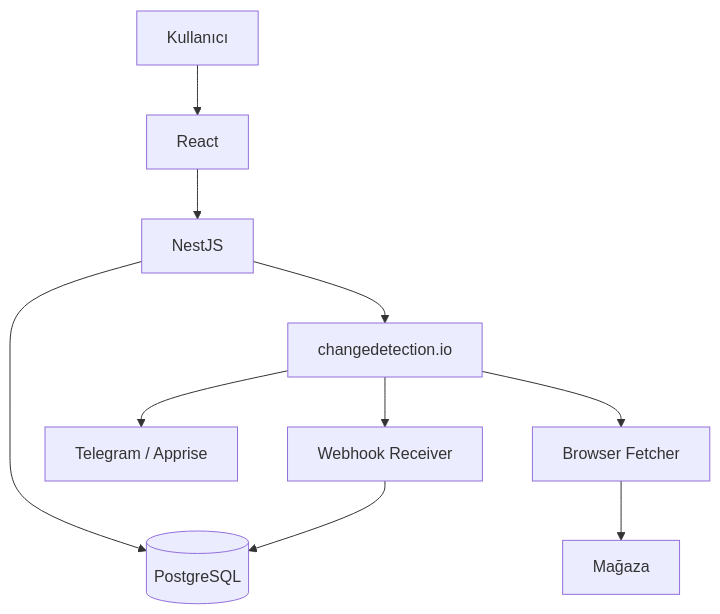
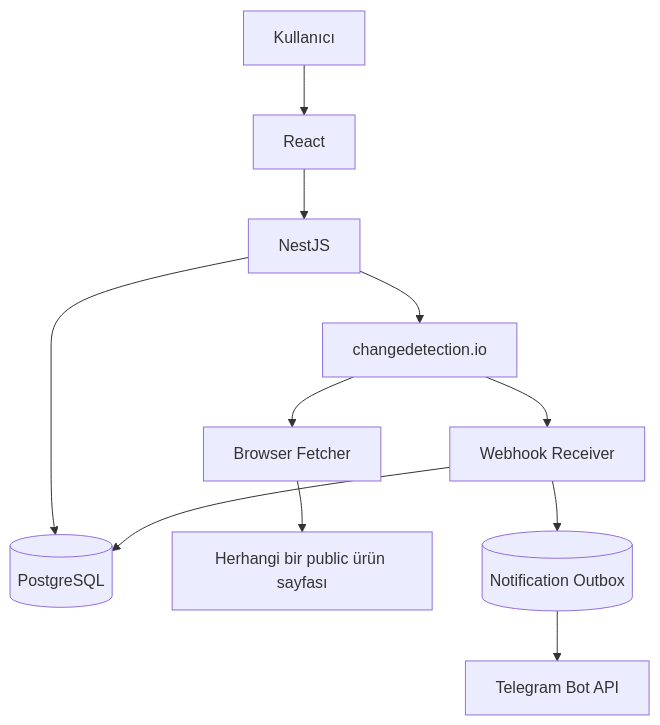
The first of 4 diagrams in docs/ARCHITECTURE.md (EfeAslangul/tracora), drawn with Mermaid before and after one commit. The commit also changed other lines of this file and 16 other files, not shown here.

Commit message:
docs: define extensible tracking architecture

````diff
--- a/docs/ARCHITECTURE.md
+++ b/docs/ARCHITECTURE.md
@@ -18,22 +18,24 @@
 ```mermaid
 flowchart TB
     User[Kullanıcı]
     Web[React]
     API[NestJS]
     DB[(PostgreSQL)]
     CD[changedetection.io]
     Browser[Browser Fetcher]
-    Store[Mağaza]
-    Telegram[Telegram / Apprise]
+    Store[Herhangi bir public ürün sayfası]
+    Telegram[Telegram Bot API]
     Webhook[Webhook Receiver]
+    Outbox[(Notification Outbox)]
 
     User --> Web
     Web --> API
     API --> DB
     API --> CD
     CD --> Browser
     Browser --> Store
-    CD --> Telegram
     CD --> Webhook
     Webhook --> DB
+    Webhook --> Outbox
+    Outbox --> Telegram
 ```
````
